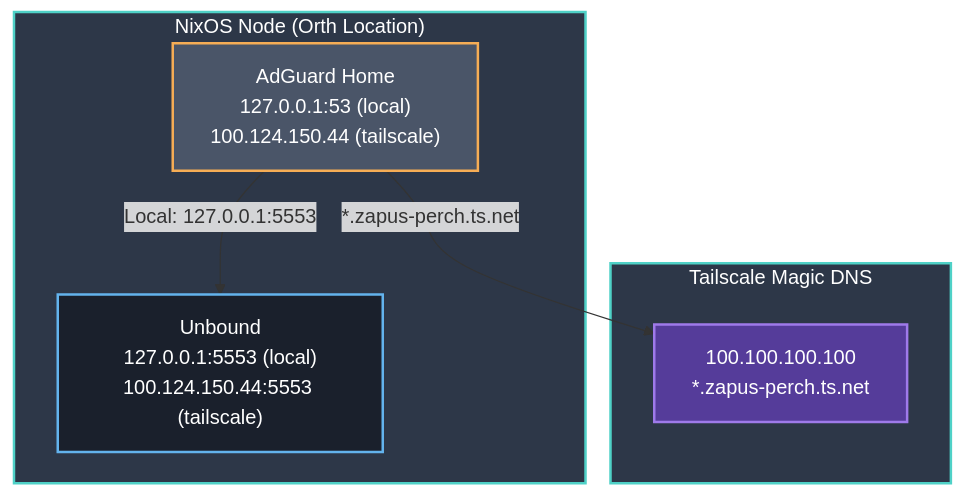
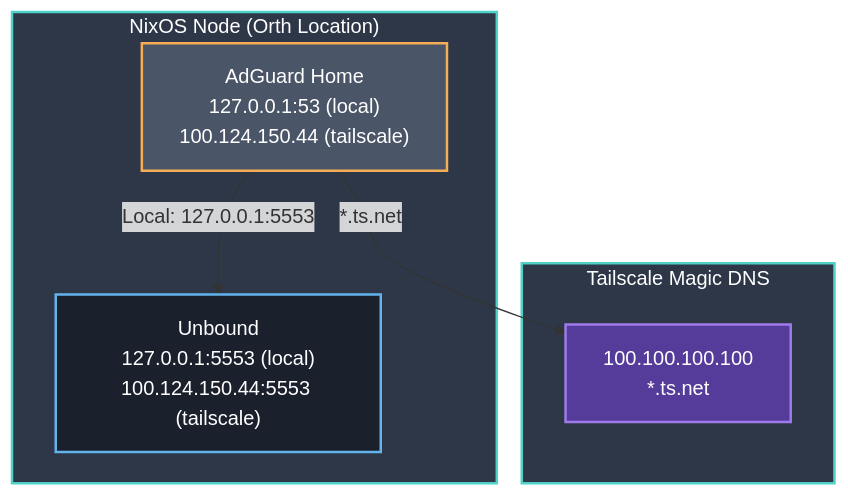
The second of 3 diagrams in profiles/networking/dns/README.md (atropos112/nixos), drawn with Mermaid before and after one commit. The commit also changed other lines of this file and 4 other files, not shown here.

````diff
--- a/profiles/networking/dns/README.md
+++ b/profiles/networking/dns/README.md
@@ -77,26 +89,26 @@
 ```mermaid
 graph TB
     subgraph NixOSOrth["NixOS Node (Orth Location)"]
         LocalAGH["AdGuard Home<br/>127.0.0.1:53 (local)<br/>100.124.150.44 (tailscale)"]
         LocalUB["Unbound<br/>127.0.0.1:5553 (local)<br/>100.124.150.44:5553 (tailscale)"]
     end
 
     subgraph Tailscale["Tailscale Magic DNS"]
-        MagicDNS["100.100.100.100<br/>*.zapus-perch.ts.net"]
+        MagicDNS["100.100.100.100<br/>*.ts.net"]
     end
 
     %% Local AdGuard Home upstream connections
     LocalAGH -->|"Local: 127.0.0.1:5553"| LocalUB
-    LocalAGH -->|"*.zapus-perch.ts.net"| MagicDNS
+    LocalAGH -->|"*.ts.net"| MagicDNS
 
     %% Styling
     classDef nodeBox fill:#2d3748,stroke:#4fd1c7,stroke-width:2px,color:#ffffff
     classDef serviceBox fill:#1a202c,stroke:#63b3ed,stroke-width:2px,color:#ffffff
     classDef localAGH fill:#4a5568,stroke:#f6ad55,stroke-width:2px,color:#ffffff
     classDef magicDNS fill:#553c9a,stroke:#9f7aea,stroke-width:2px,color:#ffffff
 
     class NixOSOrth,OpnSense,Tailscale nodeBox
     class LocalUB serviceBox
     class LocalAGH localAGH
     class MagicDNS magicDNS
 ```
````
